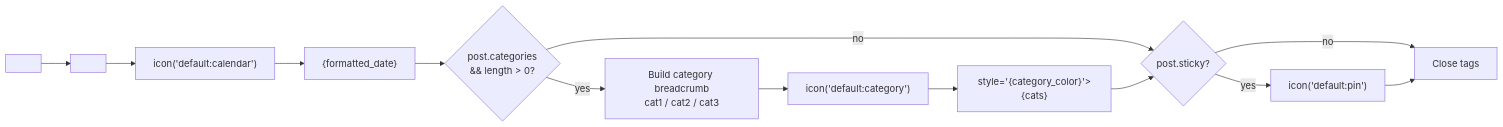
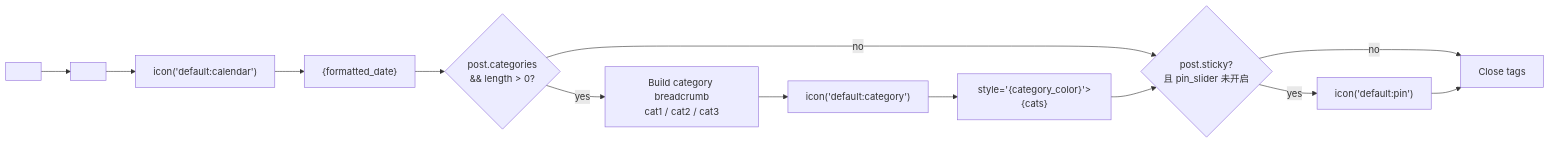
Before and after one commit to penndu/hexo: the seventh of 9 diagrams in themes/stellar/docs/knowledge/03-内容系统/post-lists-cards.md, drawn with Mermaid. The commit also changed other lines of this file and 22 other files, not shown here.

````diff
--- a/themes/stellar/docs/knowledge/03-内容系统/post-lists-cards.md
+++ b/themes/stellar/docs/knowledge/03-内容系统/post-lists-cards.md
@@ -385,31 +385,31 @@
 ```mermaid
 graph LR
     MetaContainer["<div class='meta cap'>"]
     SpanWrap["<span class='cap' id='post-meta'>"]
     
     DateIcon["icon('default:calendar')"]
     TimeElement["<time datetime='{date_xml(post.date)}'>{formatted_date}</time>"]
     
     CheckCat{"post.categories<br/>&& length > 0?"}
     BuildCats["Build category breadcrumb<br/>cat1 / cat2 / cat3"]
     CatIcon["icon('default:category')"]
     CatSpan["<span class='breadcrumb'<br/>style='{category_color}'>{cats}</span>"]
     
-    CheckSticky{"post.sticky?"}
+    CheckSticky{"post.sticky?<br/>且 pin_slider 未开启"}
     PinIcon["<span class='pin'>icon('default:pin')</span>"]
     
     MetaContainer --> SpanWrap
     SpanWrap --> DateIcon
     DateIcon --> TimeElement
     TimeElement --> CheckCat
     
     CheckCat -->|"yes"| BuildCats
     CheckCat -->|"no"| CheckSticky
     BuildCats --> CatIcon
     CatIcon --> CatSpan
     CatSpan --> CheckSticky
     
     CheckSticky -->|"yes"| PinIcon
     CheckSticky -->|"no"| End["Close tags"]
     PinIcon --> End
 ```
````
